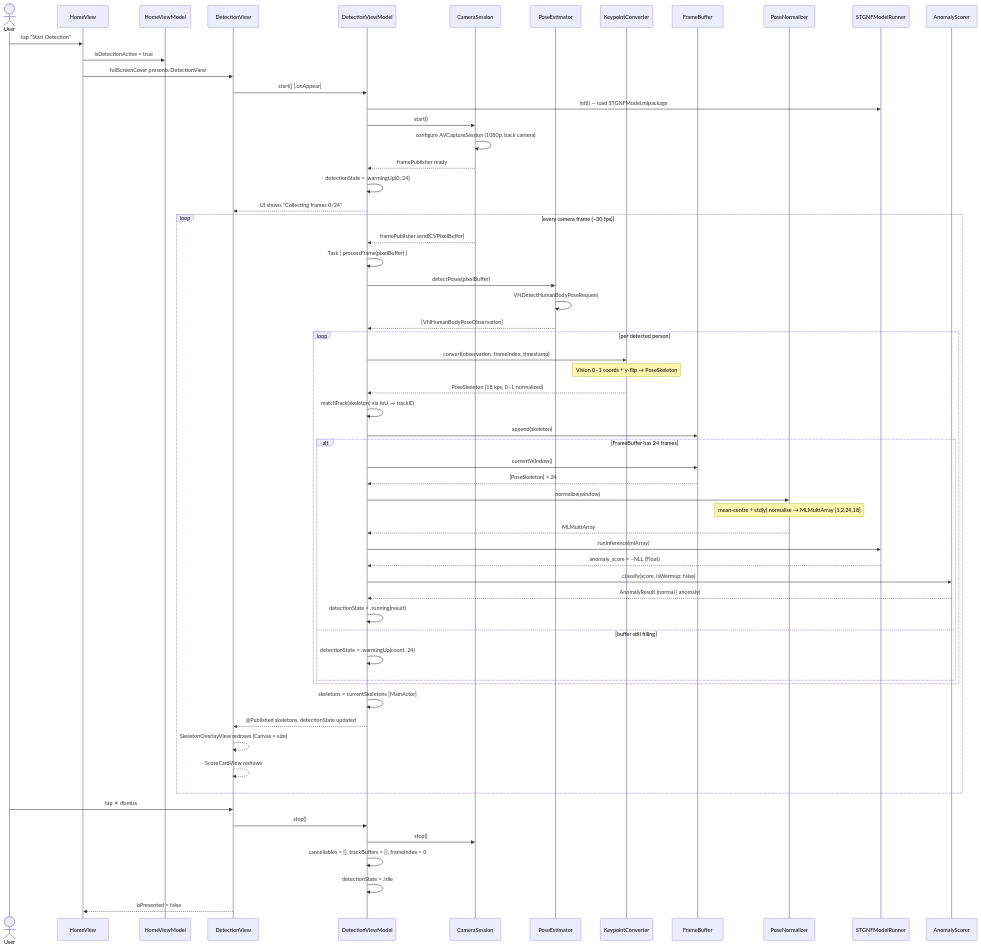
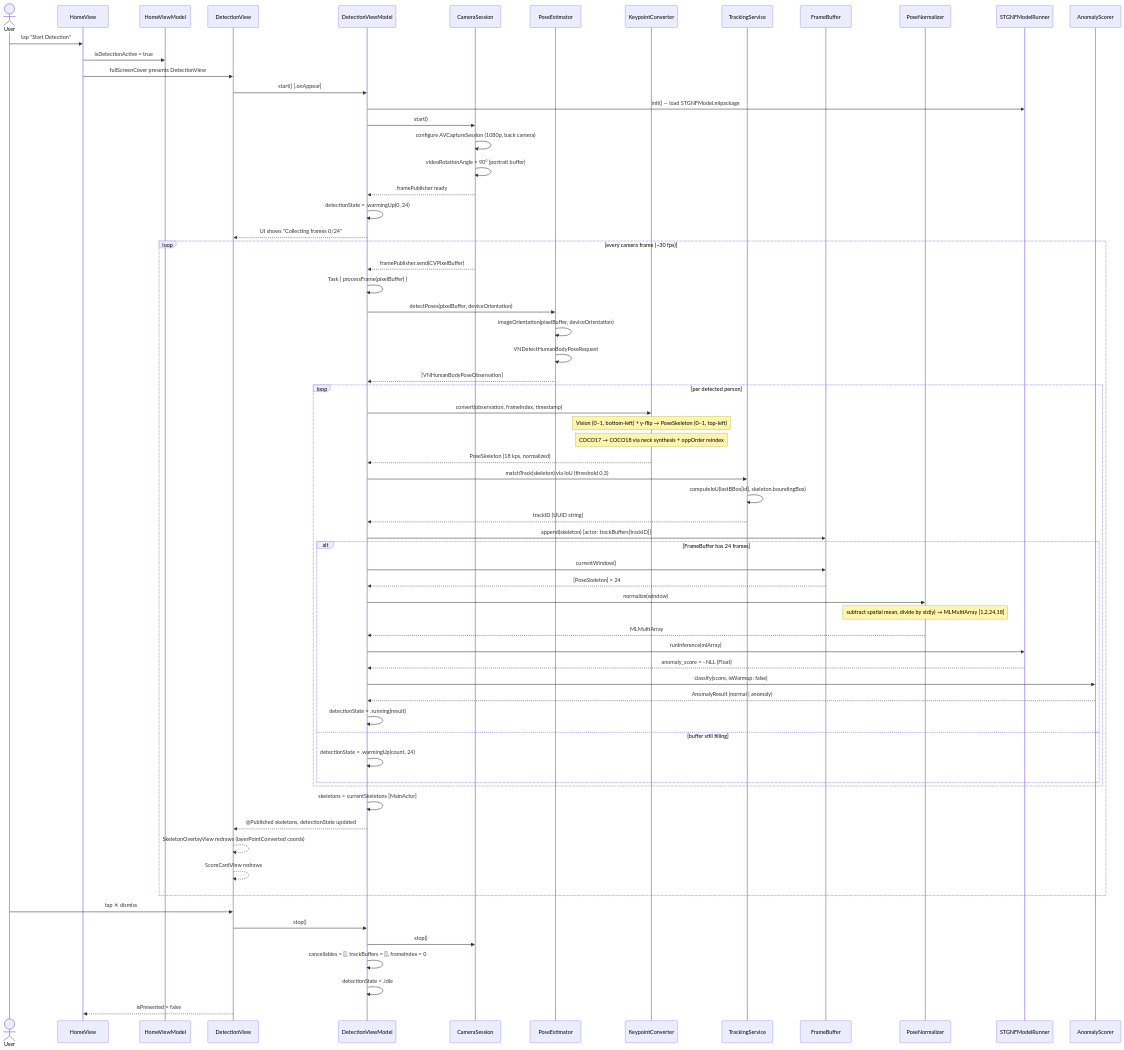
One commit to cthadeufaria/computer-vision-shoplifting-detection changed the second of 3 diagrams in ios/uml-sequence-diagram.md. Above: the diagram before and after it, drawn with Mermaid. The commit also changed other lines of this file and 7 other files, not shown here.

````diff
--- a/ios/uml-sequence-diagram.md
+++ b/ios/uml-sequence-diagram.md
@@ -46,72 +51,78 @@
 ```mermaid
 sequenceDiagram
     actor User
     participant HV  as HomeView
     participant HVM as HomeViewModel
     participant DV  as DetectionView
     participant DVM as DetectionViewModel
     participant CS  as CameraSession
     participant PE  as PoseEstimator
     participant KC  as KeypointConverter
+    participant TS  as TrackingService
     participant FB  as FrameBuffer
     participant PN  as PoseNormalizer
     participant MR  as STGNFModelRunner
     participant AS  as AnomalyScorer
 
     User->>HV: tap "Start Detection"
     HV->>HVM: isDetectionActive = true
     HV->>DV: fullScreenCover presents DetectionView
 
     DV->>DVM: start() [.onAppear]
     DVM->>MR: init() — load STGNFModel.mlpackage
     DVM->>CS: start()
     CS->>CS: configure AVCaptureSession (1080p, back camera)
+    CS->>CS: videoRotationAngle = 90° (portrait buffer)
     CS-->>DVM: framePublisher ready
     DVM->>DVM: detectionState = .warmingUp(0, 24)
     DVM-->>DV: UI shows "Collecting frames 0/24"
 
     loop every camera frame (~30 fps)
         CS-->>DVM: framePublisher.send(CVPixelBuffer)
         DVM->>DVM: Task { processFrame(pixelBuffer) }
 
-        DVM->>PE: detectPoses(pixelBuffer)
+        DVM->>PE: detectPoses(pixelBuffer, deviceOrientation)
+        PE->>PE: imageOrientation(pixelBuffer, deviceOrientation)
         PE->>PE: VNDetectHumanBodyPoseRequest
         PE-->>DVM: [VNHumanBodyPoseObservation]
 
         loop per detected person
             DVM->>KC: convert(observation, frameIndex, timestamp)
-            Note over KC: Vision 0–1 coords + y-flip → PoseSkeleton
-            KC-->>DVM: PoseSkeleton (18 kps, 0–1 normalized)
+            Note over KC: Vision (0–1, bottom-left) + y-flip → PoseSkeleton (0–1, top-left)
+            Note over KC: COCO17 → COCO18 via neck synthesis + oppOrder reindex
+            KC-->>DVM: PoseSkeleton (18 kps, normalized)
 
-            DVM->>DVM: matchTrack(skeleton) via IoU → trackID
-            DVM->>FB: append(skeleton)
+            DVM->>TS: matchTrack(skeleton) via IoU (threshold 0.3)
+            TS->>TS: computeIoU(lastBBox[id], skeleton.boundingBox)
+            TS-->>DVM: trackID (UUID string)
+            DVM->>FB: append(skeleton)  [actor: trackBuffers[trackID]]
 
             alt FrameBuffer has 24 frames
                 DVM->>FB: currentWindow()
                 FB-->>DVM: [PoseSkeleton] × 24
                 DVM->>PN: normalize(window)
-                Note over PN: mean-centre + std(y) normalise → MLMultiArray [1,2,24,18]
+                Note over PN: subtract spatial mean, divide by std(y) → MLMultiArray [1,2,24,18]
                 PN-->>DVM: MLMultiArray
                 DVM->>MR: runInference(mlArray)
                 MR-->>DVM: anomaly_score = –NLL (Float)
                 DVM->>AS: classify(score, isWarmup: false)
                 AS-->>DVM: AnomalyResult (normal | anomaly)
                 DVM->>DVM: detectionState = .running(result)
             else buffer still filling
                 DVM->>DVM: detectionState = .warmingUp(count, 24)
             end
         end
 
         DVM->>DVM: skeletons = currentSkeletons [MainActor]
         DVM-->>DV: @Published skeletons, detectionState updated
-        DV-->>DV: SkeletonOverlayView redraws (Canvas × size)
+        DV-->>DV: SkeletonOverlayView redraws (layerPointConverted coords)
         DV-->>DV: ScoreCardView redraws
     end
 
     User->>DV: tap ✕ dismiss
     DV->>DVM: stop()
     DVM->>CS: stop()
     DVM->>DVM: cancellables = [], trackBuffers = [], frameIndex = 0
     DVM->>DVM: detectionState = .idle
     DV-->>HV: isPresented = false
 ```
````
